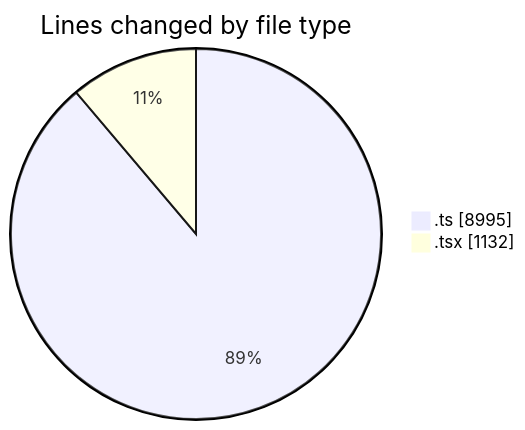
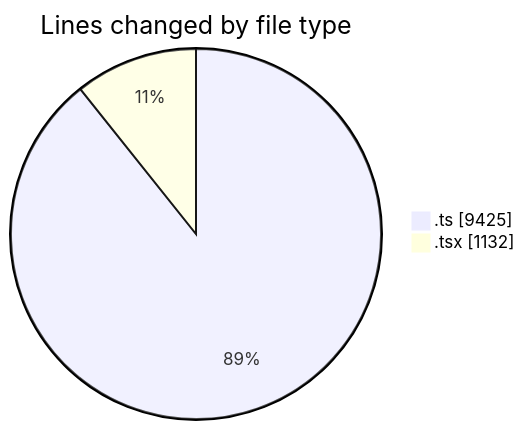
The first of 2 diagrams in 2025-07-14/cda/README.md (momahboobian/code-tracking), drawn with Mermaid before and after one commit. The commit also changed other lines of this file and 1 other file, not shown here.

````diff
--- a/2025-07-14/cda/README.md
+++ b/2025-07-14/cda/README.md
@@ -28,6 +28,6 @@
 ```mermaid
 pie showData
 title Lines changed by file type
-".ts" : 8995
+".ts" : 9425
 ".tsx" : 1132
 ```
````
